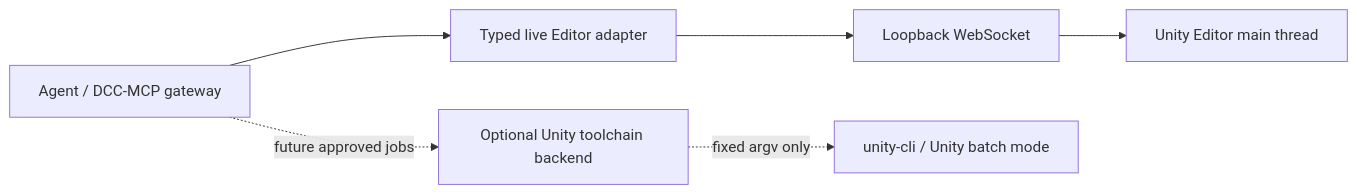
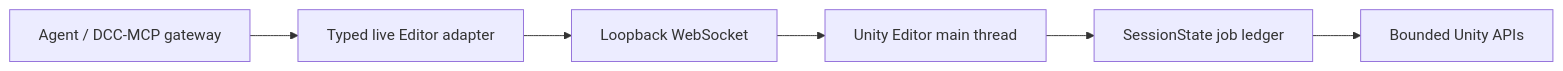
The diagram in docs/architecture-benchmark.md (dcc-mcp/dcc-mcp-unity), drawn with Mermaid before and after one commit. The commit also changed other lines of this file and 23 other files, not shown here.

````diff
--- a/docs/architecture-benchmark.md
+++ b/docs/architecture-benchmark.md
@@ -19,8 +19,8 @@
 ```mermaid
 flowchart LR
     A["Agent / DCC-MCP gateway"] --> B["Typed live Editor adapter"]
     B --> C["Loopback WebSocket"]
     C --> D["Unity Editor main thread"]
-    A -. "future approved jobs" .-> E["Optional Unity toolchain backend"]
-    E -. "fixed argv only" .-> F["unity-cli / Unity batch mode"]
+    D --> E["SessionState job ledger"]
+    E --> F["Bounded Unity APIs"]
 ```
````
